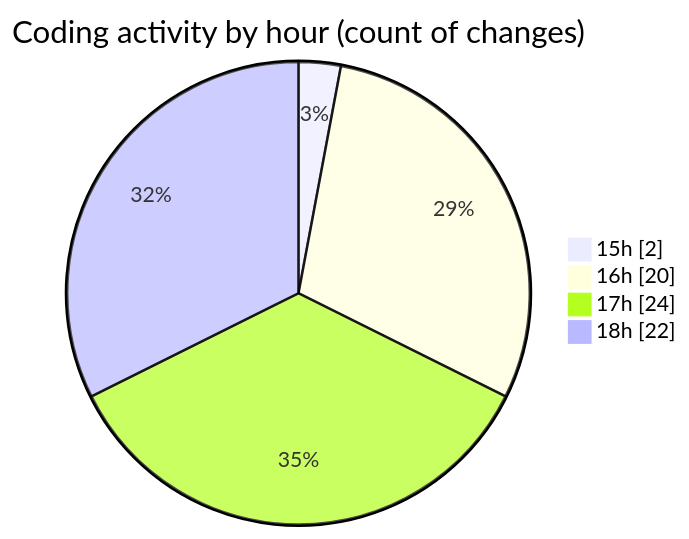
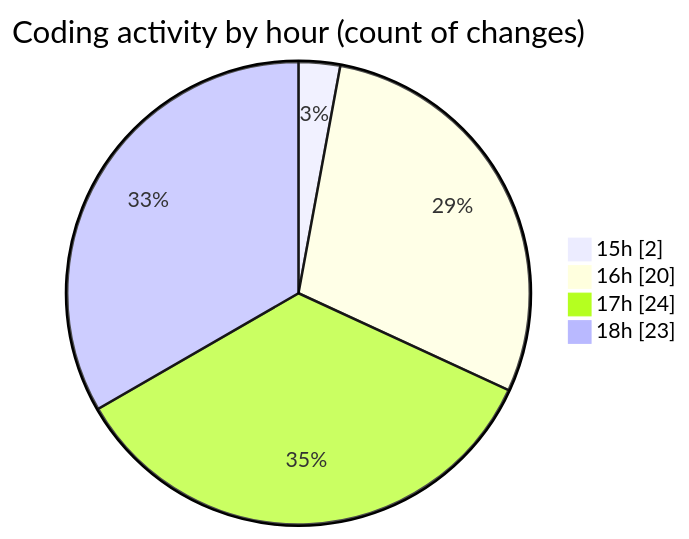
One commit to nxtqubesakshisongat/code-tracking changed the second of 2 diagrams in 2025-08-09/nxtqube_webapp/README.md. Above: the diagram before and after it, drawn with Mermaid. The commit also changed other lines of this file and 1 other file, not shown here.

````diff
--- a/2025-08-09/nxtqube_webapp/README.md
+++ b/2025-08-09/nxtqube_webapp/README.md
@@ -32,8 +32,8 @@
 ```mermaid
 pie showData
 title Coding activity by hour (count of changes)
 "15h" : 2
 "16h" : 20
 "17h" : 24
-"18h" : 22
+"18h" : 23
 ```
````
